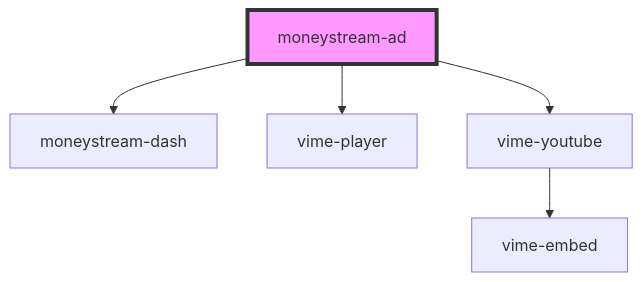
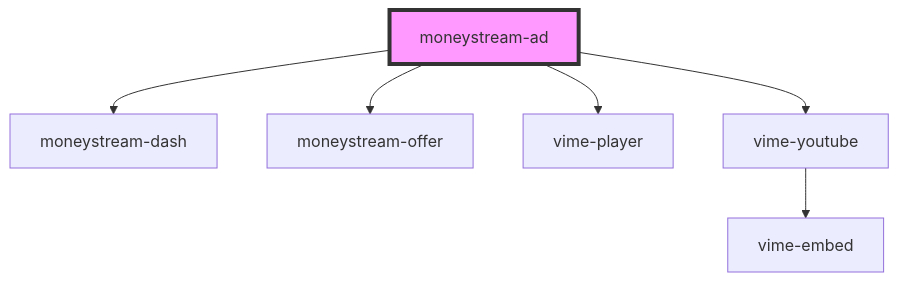
Before and after one commit to moneystreamdev/moneystream-components: the diagram in src/components/moneystream-ad/readme.md, drawn with Mermaid. The commit also changed other lines of this file and 9 other files, not shown here.

````diff
--- a/src/components/moneystream-ad/readme.md
+++ b/src/components/moneystream-ad/readme.md
@@ -24,8 +28,9 @@
 ```mermaid
 graph TD;
   moneystream-ad --> moneystream-dash
+  moneystream-ad --> moneystream-offer
   moneystream-ad --> vime-player
   moneystream-ad --> vime-youtube
   vime-youtube --> vime-embed
   style moneystream-ad fill:#f9f,stroke:#333,stroke-width:4px
 ```
````
